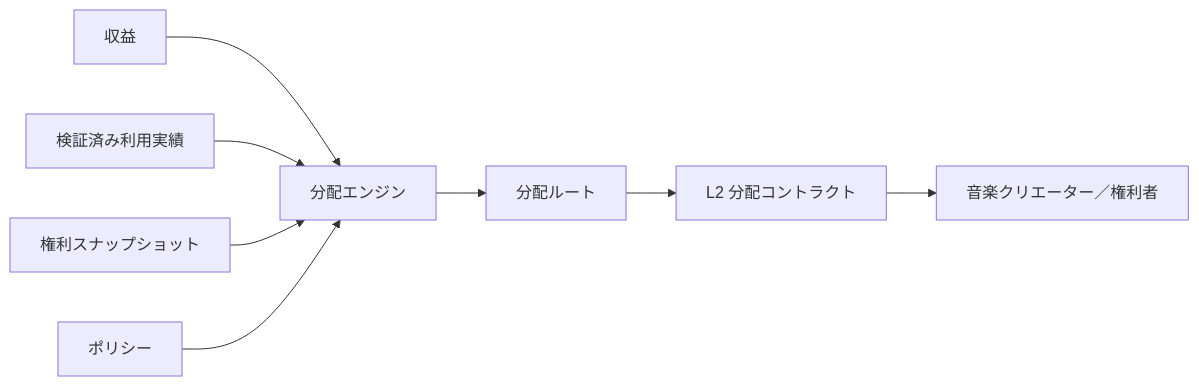
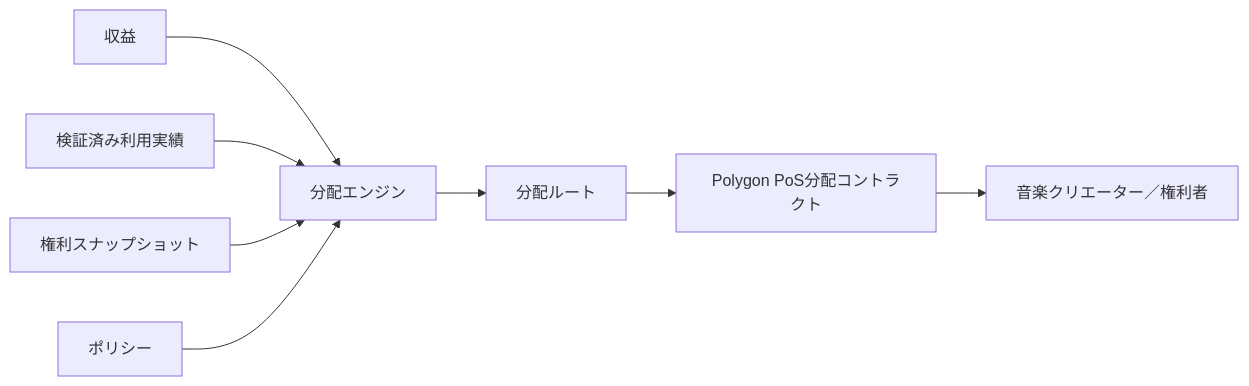
One commit to ShigeichiroYamasaki/creator-first-platform changed the fourth of 4 diagrams in docs/adr/ADR-0007-blockchain-l2-strategy.md. Above: the diagram before and after it, drawn with Mermaid. The commit also changed other lines of this file and 8 other files, not shown here.

````diff
--- a/docs/adr/ADR-0007-blockchain-l2-strategy.md
+++ b/docs/adr/ADR-0007-blockchain-l2-strategy.md
@@ -373,17 +383,17 @@
 ```mermaid
 flowchart LR
     REV[収益]
     USAGE[検証済み利用実績]
     RIGHTS[権利スナップショット]
     POLICY[ポリシー]
     ENGINE[分配エンジン]
     ROOT[分配ルート]
-    CONTRACT[L2 分配コントラクト]
+    CONTRACT[Polygon PoS分配コントラクト]
     PAY[音楽クリエーター／権利者]
 
     REV --> ENGINE
     USAGE --> ENGINE
     RIGHTS --> ENGINE
     POLICY --> ENGINE
     ENGINE --> ROOT --> CONTRACT --> PAY
 ```
````
